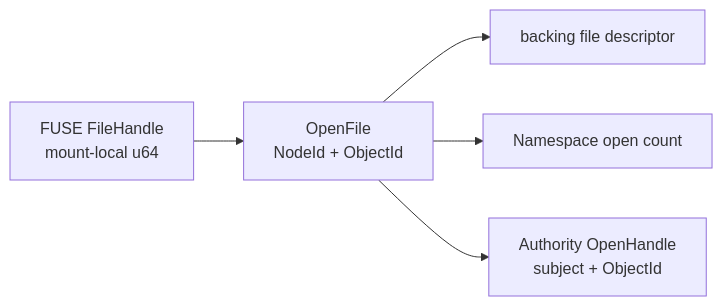
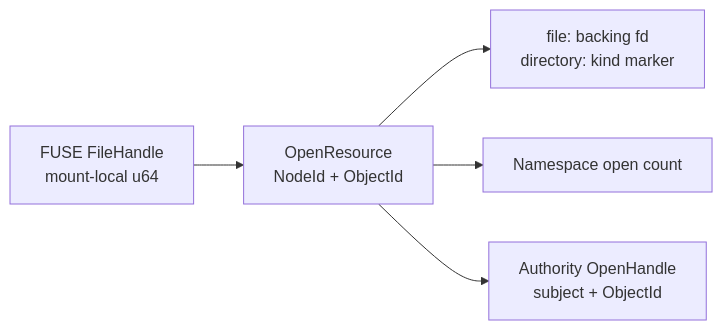
Before and after one commit to Aqua-218/SecCamp-AIAgent: the second of 2 diagrams in docs/capfs/read-only-fuse.md, drawn with Mermaid. The commit also changed other lines of this file and 7 other files, not shown here.

````diff
--- a/docs/capfs/read-only-fuse.md
+++ b/docs/capfs/read-only-fuse.md
@@ -72,7 +87,7 @@
 ```mermaid
 flowchart LR
-    fh["FUSE FileHandle<br/>mount-local u64"] --> local["OpenFile<br/>NodeId + ObjectId"]
-    local --> afd["backing file descriptor"]
+    fh["FUSE FileHandle<br/>mount-local u64"] --> local["OpenResource<br/>NodeId + ObjectId"]
+    local --> kind["file: backing fd<br/>directory: kind marker"]
     local --> nh["Namespace open count"]
     local --> kh["Authority OpenHandle<br/>subject + ObjectId"]
 ```
````
